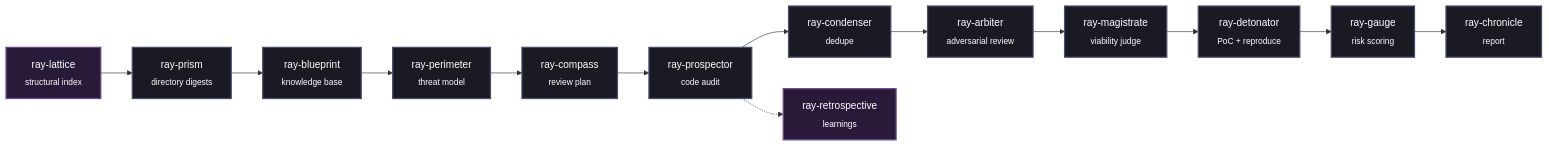
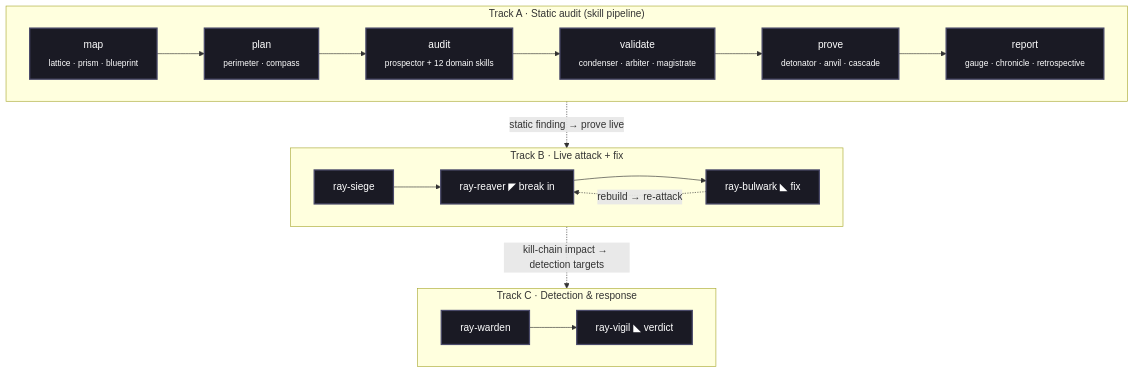
Before and after one commit to GameDev531/ray-framework: the diagram in README.md, drawn with Mermaid. The commit also changed other lines of this file and 10 other files, not shown here.

````diff
--- a/README.md
+++ b/README.md
@@ -43,20 +43,25 @@
 ```mermaid
-graph LR
-    A[ray-lattice<br/><sub>structural index</sub>] --> B[ray-prism<br/><sub>directory digests</sub>]
-    B --> C[ray-blueprint<br/><sub>knowledge base</sub>]
-    C --> D[ray-perimeter<br/><sub>threat model</sub>]
-    D --> E[ray-compass<br/><sub>review plan</sub>]
-    E --> F[ray-prospector<br/><sub>code audit</sub>]
-    F --> G[ray-condenser<br/><sub>dedupe</sub>]
-    G --> H[ray-arbiter<br/><sub>adversarial review</sub>]
-    H --> I[ray-magistrate<br/><sub>viability judge</sub>]
-    I --> J[ray-detonator<br/><sub>PoC + reproduce</sub>]
-    J --> K[ray-gauge<br/><sub>risk scoring</sub>]
-    K --> L[ray-chronicle<br/><sub>report</sub>]
-    F -.-> M[ray-retrospective<br/><sub>learnings</sub>]
-    
+graph TB
+    subgraph A["Track A · Static audit (skill pipeline)"]
+        direction LR
+        MAP[map<br/><sub>lattice · prism · blueprint</sub>] --> PLAN[plan<br/><sub>perimeter · compass</sub>]
+        PLAN --> AUD[audit<br/><sub>prospector + 12 domain skills</sub>]
+        AUD --> VAL[validate<br/><sub>condenser · arbiter · magistrate</sub>]
+        VAL --> PRV[prove<br/><sub>detonator · anvil · cascade</sub>]
+        PRV --> REP[report<br/><sub>gauge · chronicle · retrospective</sub>]
+    end
+    subgraph B["Track B · Live attack + fix"]
+        direction LR
+        SIEGE[ray-siege] --> REAVER["ray-reaver ◤ break in"]
+        REAVER --> BULWARK["ray-bulwark ◣ fix"]
+        BULWARK -.rebuild → re-attack.-> REAVER
+    end
+    subgraph C["Track C · Detection & response"]
+        direction LR
+        WARDEN[ray-warden] --> VIGIL[ray-vigil ◣ verdict]
+    end
+    AUD -. static finding → prove live .-> SIEGE
+    REAVER -. kill-chain impact → detection targets .-> VIGIL
+
     classDef default fill:#1a1a24,stroke:#4a4a6a,stroke-width:2px,color:#fff;
-    classDef meta fill:#2a1a3a,stroke:#6a4a8a,stroke-width:2px,color:#fff;
-    class M meta;
-    class A meta;
 ```
````
